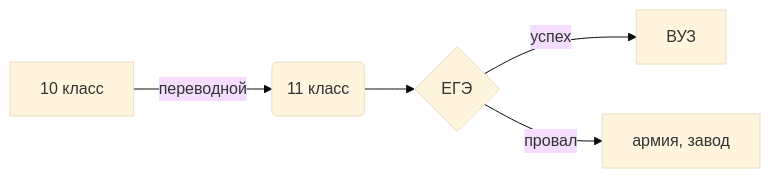
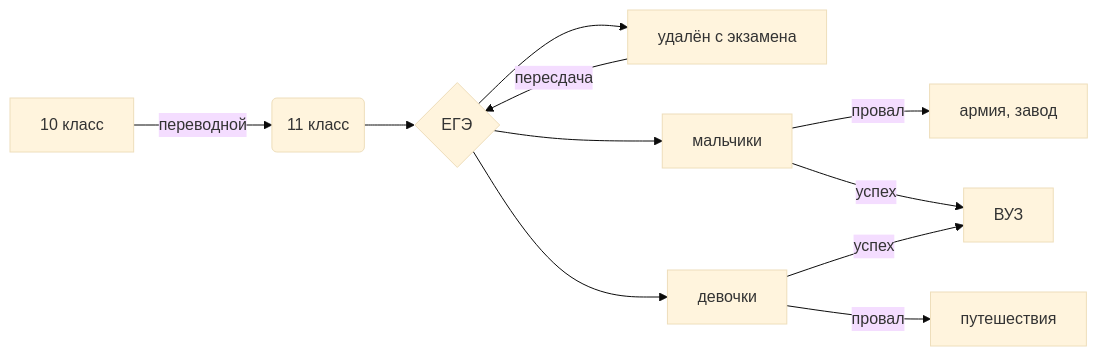
Before and after one commit to EvilCarr0t/EvilCarr0t: the diagram in README.md, drawn with Mermaid (base theme).

````diff
--- a/README.md
+++ b/README.md
@@ -42,8 +42,14 @@
 ```mermaid
 flowchart LR
 
 A[10 класс] -->|переводной| B(11 класс)
 B --> C{ЕГЭ}
-C -->|успех| D[ВУЗ]
-C -->|провал| E[армия, завод]
+C --> I[удалён с экзамена]
+I -->|пересдача| C{ЕГЭ}
+C --> D[мальчики]
+C --> E[девочки]
+D -->|провал| G[армия, завод]
+D -->|успех| F[ВУЗ]
+E -->|успех| F[ВУЗ]
+E -->|провал| H[путешествия]
 ```
````
